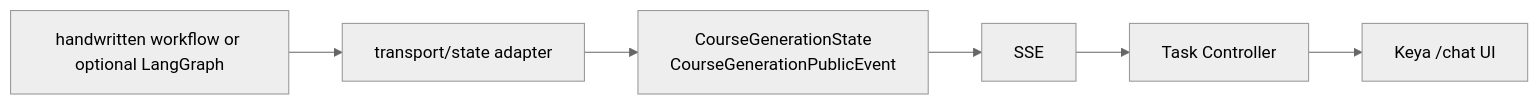
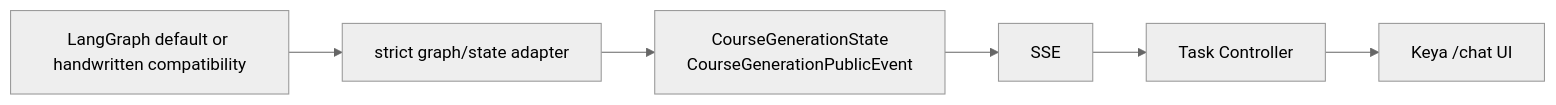
The third of 3 diagrams in docs/architecture/multi-agent-flow.md (dxj-fe/ai-course-generator), drawn with Mermaid (neutral theme) before and after one commit. The commit also changed other lines of this file and 14 other files, not shown here.

````diff
--- a/docs/architecture/multi-agent-flow.md
+++ b/docs/architecture/multi-agent-flow.md
@@ -228,8 +223,8 @@
 ```mermaid
 flowchart LR
-  Runtime["handwritten workflow or optional LangGraph"] --> Adapter["transport/state adapter"]
+  Runtime["LangGraph default or handwritten compatibility"] --> Adapter["strict graph/state adapter"]
   Adapter --> Shared["CourseGenerationState<br/>CourseGenerationPublicEvent"]
   Shared --> SSE["SSE"]
   SSE --> Controller["Task Controller"]
   Controller --> UI["Keya /chat UI"]
 ```
````
